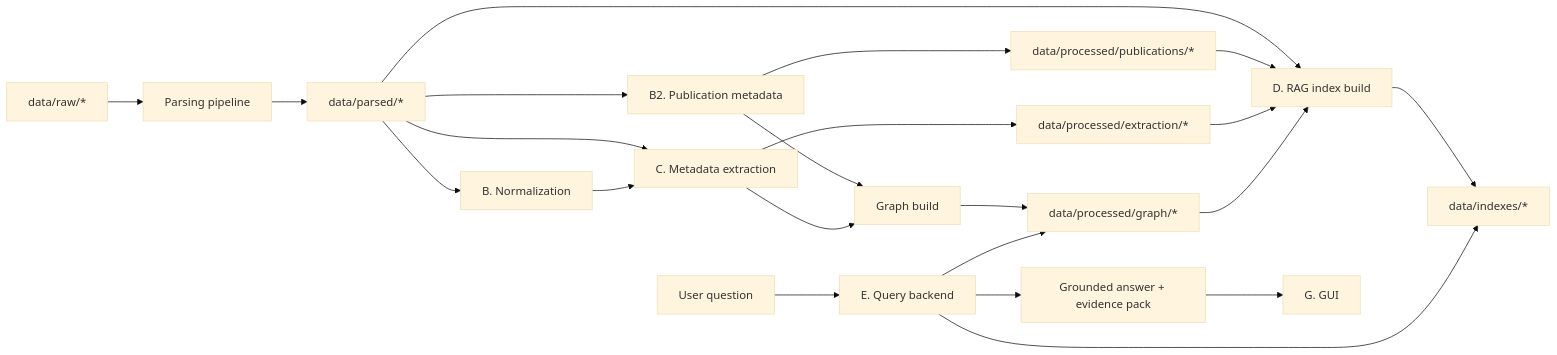
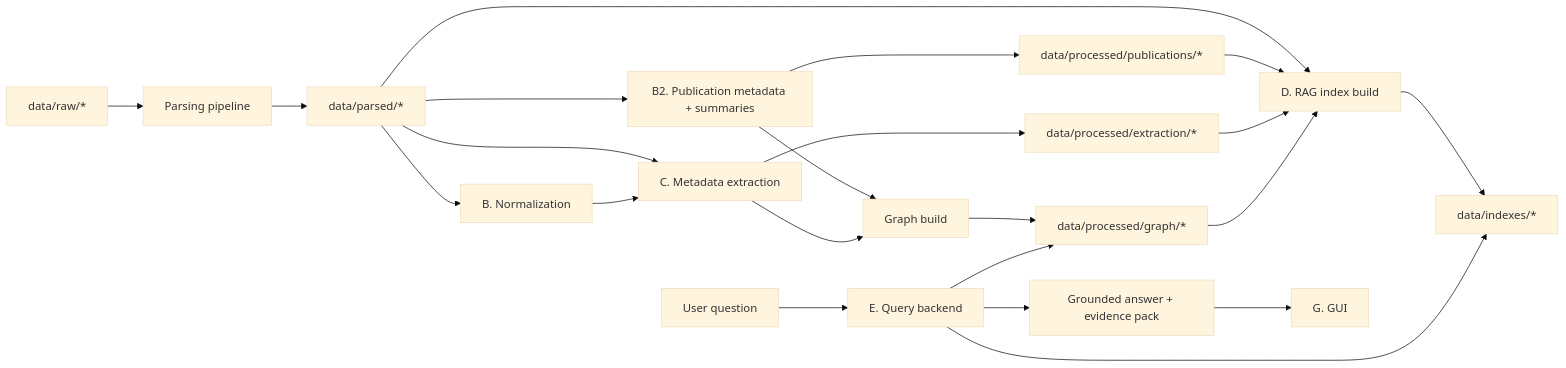
Before and after one commit to danilalebedev/RAG-System-for-material-science: the diagram in DEVELOPMENT_PLAN.md, drawn with Mermaid (base theme). The commit also changed other lines of this file and 7 other files, not shown here.

Commit message:
Add RECIPER summaries to publication metadata plan

````diff
--- a/DEVELOPMENT_PLAN.md
+++ b/DEVELOPMENT_PLAN.md
@@ -72,29 +72,29 @@
 ```mermaid
 flowchart LR
     RAW["data/raw/*"] --> PARSE["Parsing pipeline"]
     PARSE --> PARSED["data/parsed/*"]
 
     PARSED --> RAGIDX["D. RAG index build"]
-    PARSED --> PUBMETA["B2. Publication metadata"]
+    PARSED --> PUBMETA["B2. Publication metadata + summaries"]
     PARSED --> EXTRACT["C. Metadata extraction"]
     PARSED --> NORM["B. Normalization"]
 
     PUBMETA --> GRAPH
     NORM --> EXTRACT
     EXTRACT --> GRAPH["Graph build"]
 
     PUBMETA --> PUBLICATIONS["data/processed/publications/*"]
     EXTRACT --> FACTS["data/processed/extraction/*"]
     GRAPH --> GRAPH_DATA["data/processed/graph/*"]
 
     PUBLICATIONS --> RAGIDX
     FACTS --> RAGIDX
     GRAPH_DATA --> RAGIDX
     RAGIDX --> INDEXES["data/indexes/*"]
 
     USER["User question"] --> QUERY["E. Query backend"]
     QUERY --> INDEXES
     QUERY --> GRAPH_DATA
     QUERY --> ANSWER["Grounded answer + evidence pack"]
     ANSWER --> GUI["G. GUI"]
 ```
````
